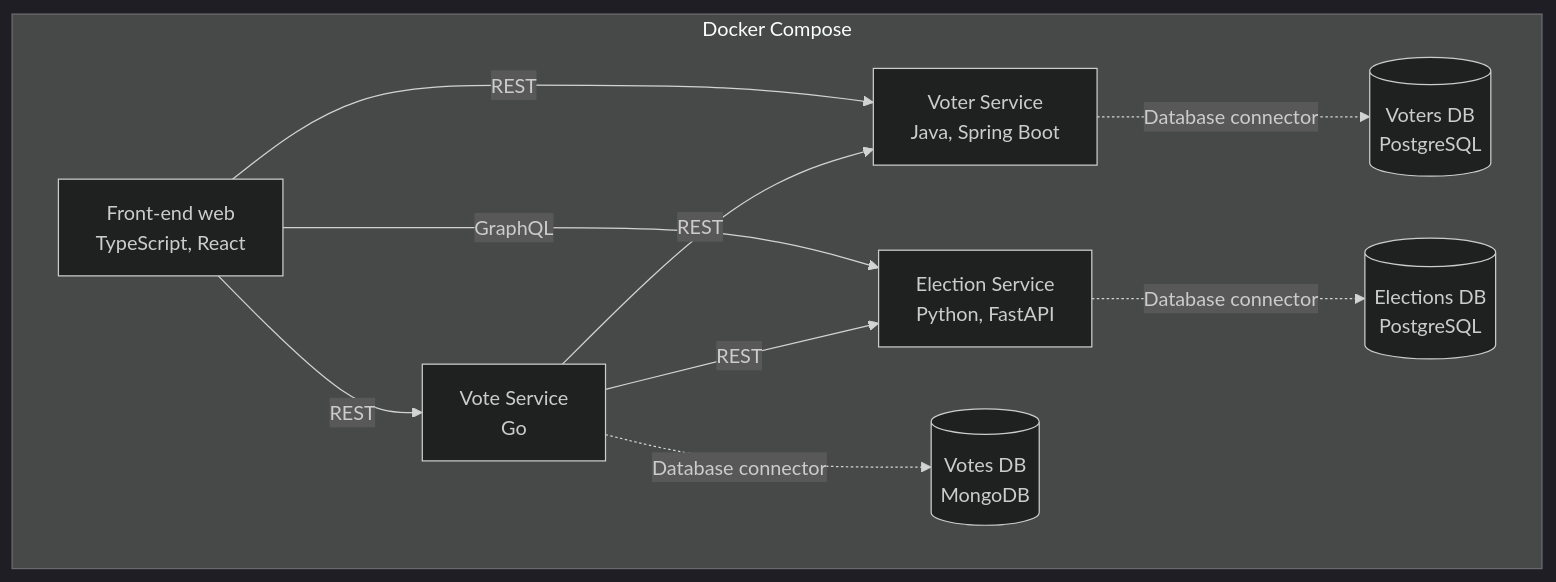
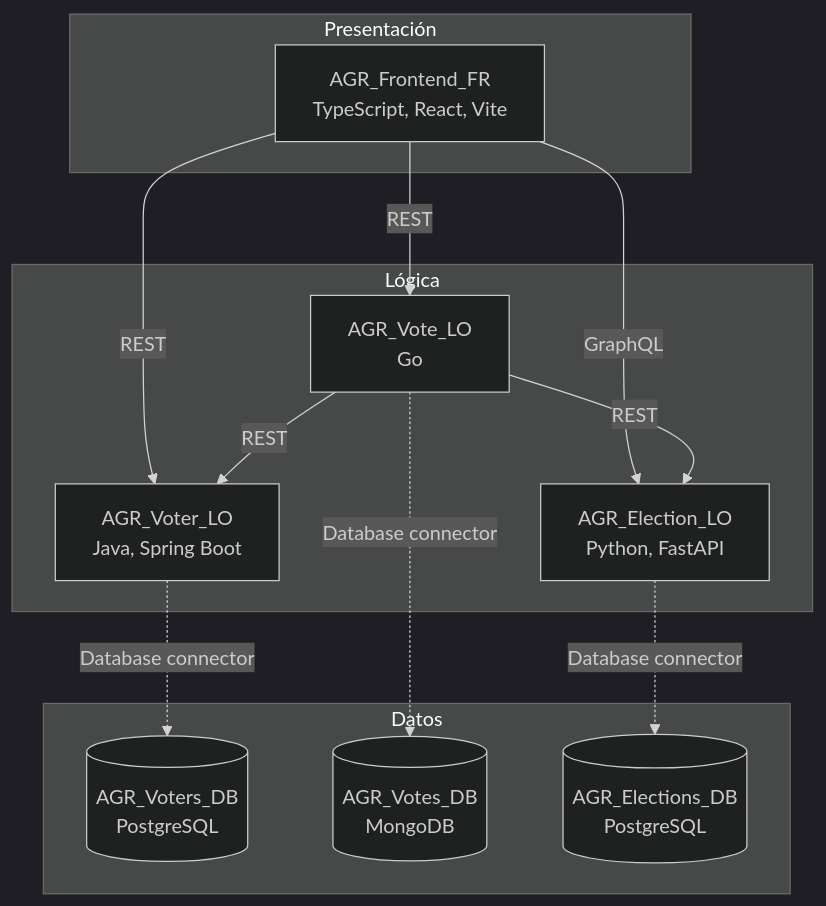
One commit to Cam152/ArquiSoft changed the first of 3 diagrams in README.md. Above: the diagram before and after it, drawn with Mermaid (dark theme). The commit also changed other lines of this file and 5 other files, not shown here.

Commit message:
Prototipo 1: documentacion AGR, compose y vista C&C corregida

````diff
--- a/README.md
+++ b/README.md
@@ -48,20 +61,24 @@
 ```mermaid
 flowchart TB
-  subgraph compose["Docker Compose"]
-    FE["Front-end web<br/>TypeScript, React"]
-    VS["Voter Service<br/>Java, Spring Boot"]
-    TS["Vote Service<br/>Go"]
-    ES["Election Service<br/>Python, FastAPI"]
-    VDB[("Voters DB<br/>PostgreSQL")]
-    TDB[("Votes DB<br/>MongoDB")]
-    EDB[("Elections DB<br/>PostgreSQL")]
+  subgraph PRES["Presentación"]
+    FE["AGR_Frontend_FR<br/>TypeScript, React, Vite"]
+  end
+  subgraph LOGI["Lógica"]
+    VS["AGR_Voter_LO<br/>Java, Spring Boot"]
+    TS["AGR_Vote_LO<br/>Go"]
+    ES["AGR_Election_LO<br/>Python, FastAPI"]
+  end
+  subgraph DATA["Datos"]
+    VDB[("AGR_Voters_DB<br/>PostgreSQL")]
+    TDB[("AGR_Votes_DB<br/>MongoDB")]
+    EDB[("AGR_Elections_DB<br/>PostgreSQL")]
   end
   FE -- REST --> VS
   FE -- REST --> TS
   FE -- GraphQL --> ES
   TS -- REST --> VS
   TS -- REST --> ES
   VS -. Database connector .-> VDB
   TS -. Database connector .-> TDB
   ES -. Database connector .-> EDB
 ```
````
